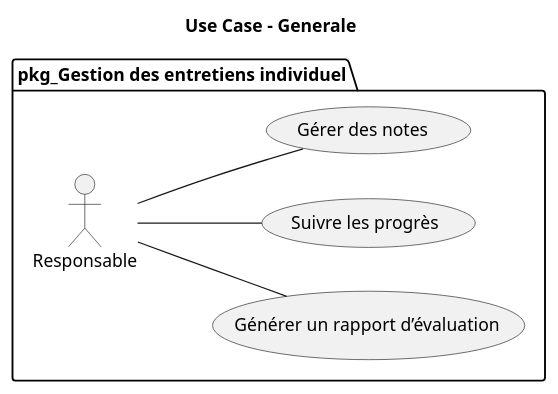
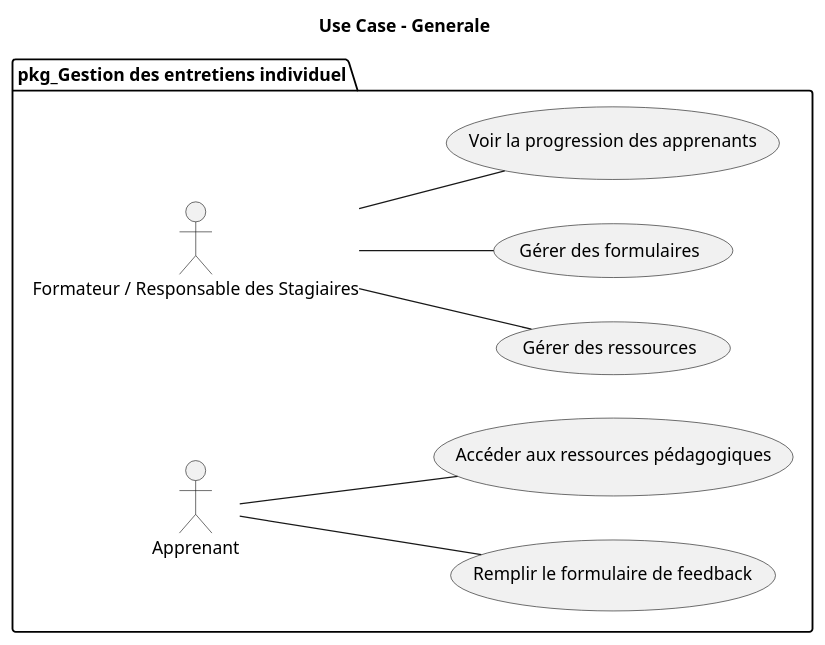
One commit to bardichoussama/FileRouge changed the diagram in Branche Fonctionnelle/Analyse/UseCaseGeneral.puml. Above: the diagram before and after it, drawn with PlantUML. The commit also changed 7 other files, not shown here.

```diff
--- a/Branche Fonctionnelle/Analyse/UseCaseGeneral.puml
+++ b/Branche Fonctionnelle/Analyse/UseCaseGeneral.puml
@@ -1,13 +1,26 @@
 @startuml
 package "pkg_Gestion des entretiens individuel" {
     title Use Case - Generale
 
     left to right direction
-    actor Responsable as RF
-    
-  RF -- (Générer un rapport d’évaluation)
-  RF -- (Suivre les progrès)
-  RF -- (Gérer des notes )
+
+    actor "Formateur / Responsable des Stagiaires" as RespoFormateur
+    actor "Apprenant" as Apprenant
+
+    usecase "Gérer des ressources" as UC1
+    usecase "Gérer des formulaires" as UC2
+    usecase "Voir la progression des apprenants" as UC3
+    usecase "Remplir le formulaire de feedback" as UC4
+    usecase "Accéder aux ressources pédagogiques" as UC5
   
+
+    RespoFormateur -- UC1
+    RespoFormateur -- UC2
+    RespoFormateur -- UC3
+  
+
+    Apprenant -- UC4
+    Apprenant -- UC5
+
 }
 @enduml
```
